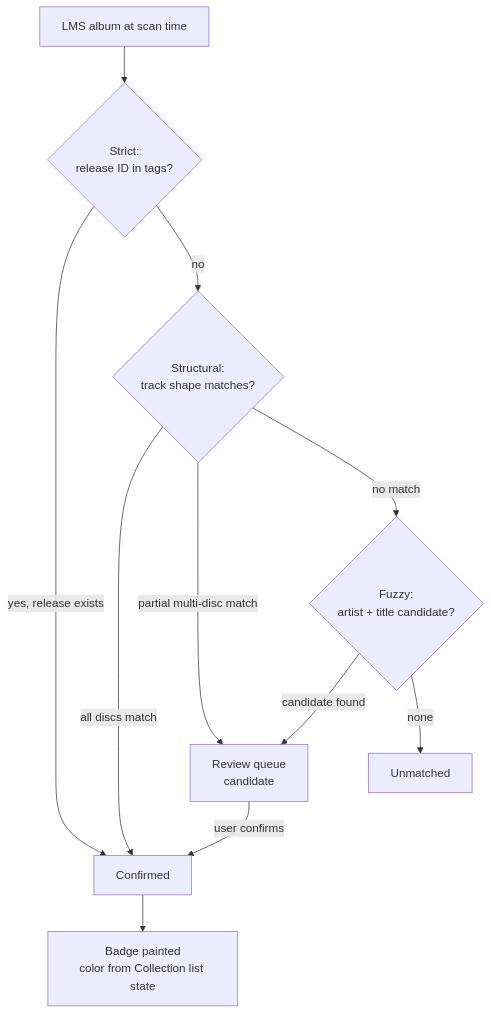
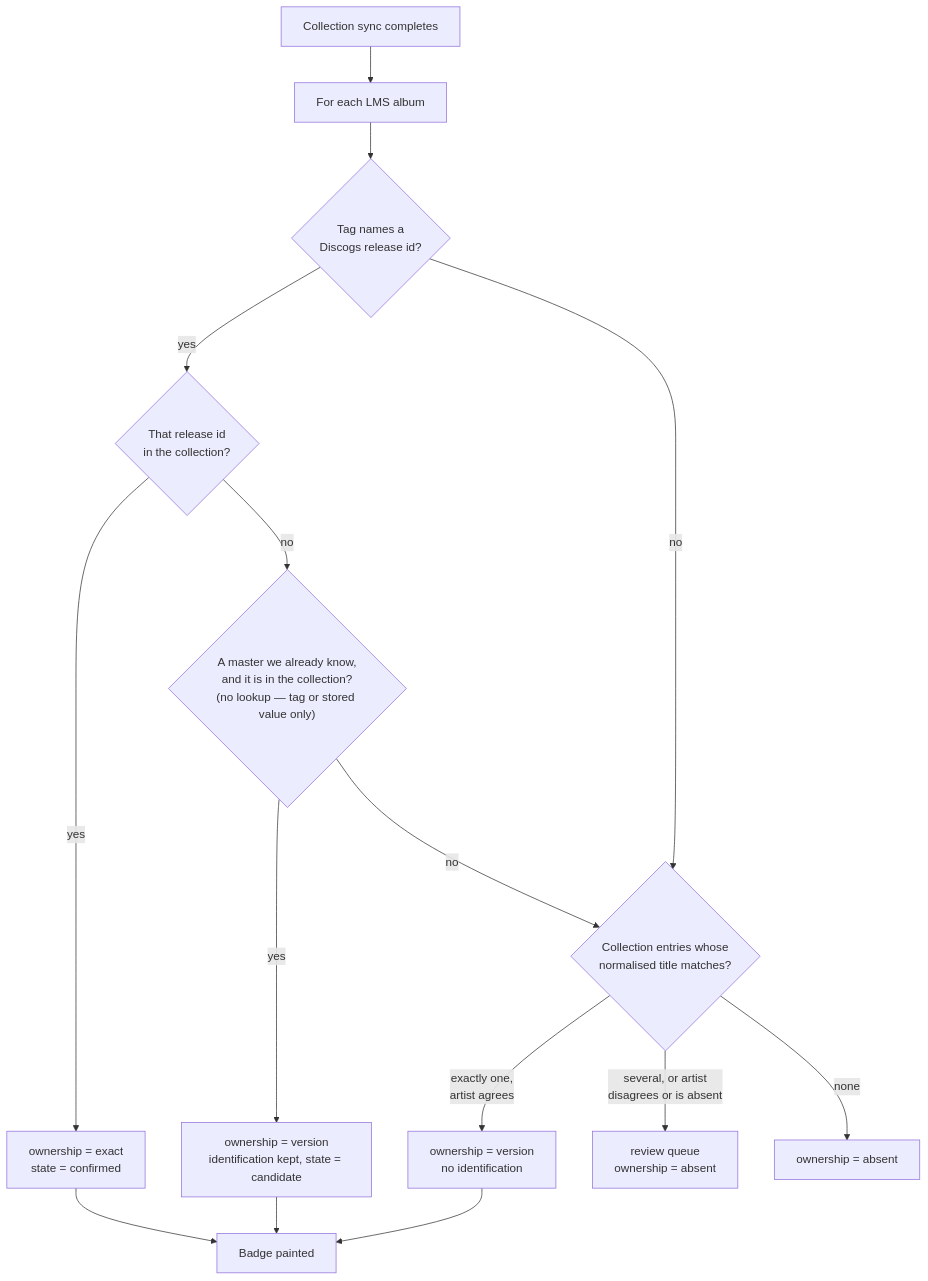
Before and after one commit to d5c0d3/lms-plugin-squeezewax: the first of 4 diagrams in docs/squeezewax-design.md, drawn with Mermaid. The commit also changed other lines of this file, not shown here.

First line of the commit message:
docs: rewrite design §3 around collection-first matching

````diff
--- a/docs/squeezewax-design.md
+++ b/docs/squeezewax-design.md
@@ -227,13 +237,23 @@
 ```mermaid
 flowchart TD
-  A[LMS album at scan time] --> B{Strict:<br/>release ID in tags?}
-  B -- "yes, release exists" --> C[Confirmed]
-  B -- no --> D{Structural:<br/>track shape matches?}
-  D -- "all discs match" --> C
-  D -- "partial multi-disc match" --> E[Review queue<br/>candidate]
-  D -- "no match" --> F{Fuzzy:<br/>artist + title candidate?}
-  F -- "candidate found" --> E
-  F -- none --> G[Unmatched]
-  E -- "user confirms" --> C
-  C --> H[Badge painted<br/>color from Collection list state]
+    A[Collection sync completes] --> B[For each LMS album]
+
+    B --> C{Tag names a<br/>Discogs release id?}
+
+    C -- yes --> D{That release id<br/>in the collection?}
+    D -- yes --> E["ownership = exact<br/>state = confirmed"]
+
+    D -- no --> F{"A master we already know,<br/>and it is in the collection?<br/>(no lookup — tag or stored value only)"}
+    F -- yes --> G["ownership = version<br/>identification kept, state = candidate"]
+
+    C -- no --> H
+    F -- no --> H{"Collection entries whose<br/>normalised title matches?"}
+
+    H -- "exactly one,<br/>artist agrees" --> I["ownership = version<br/>no identification"]
+    H -- "several, or artist<br/>disagrees or is absent" --> J["review queue<br/>ownership = absent"]
+    H -- none --> K["ownership = absent"]
+
+    E --> L[Badge painted]
+    G --> L
+    I --> L
 ```
````
